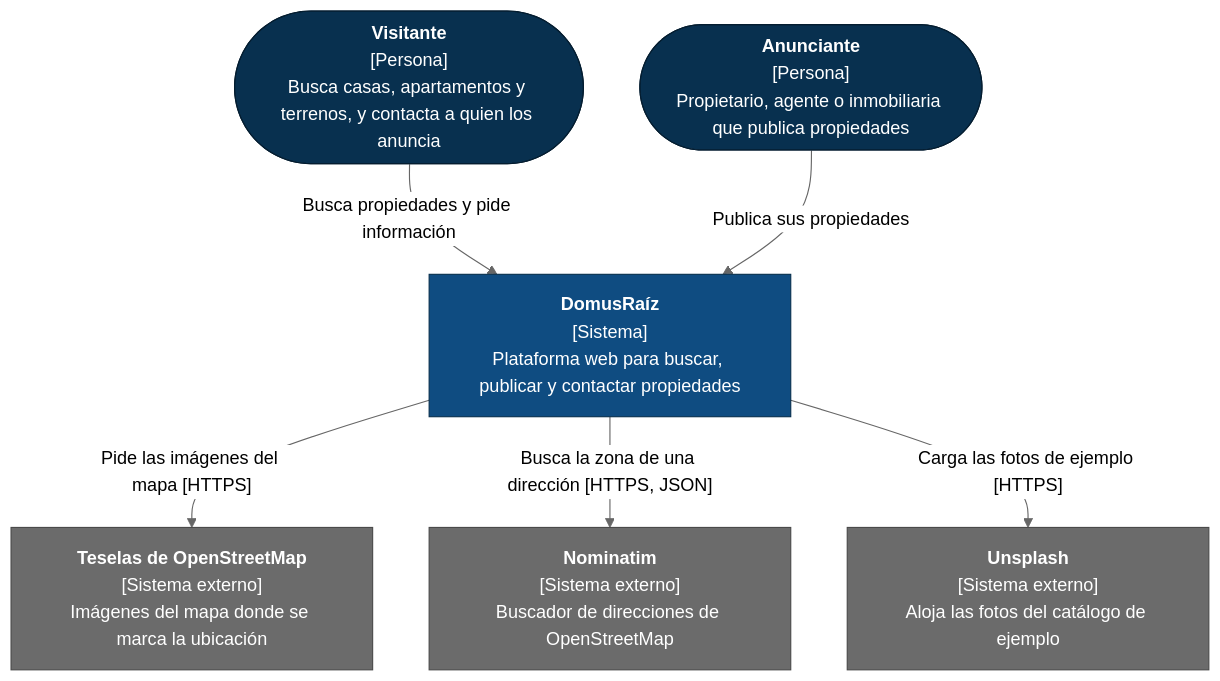
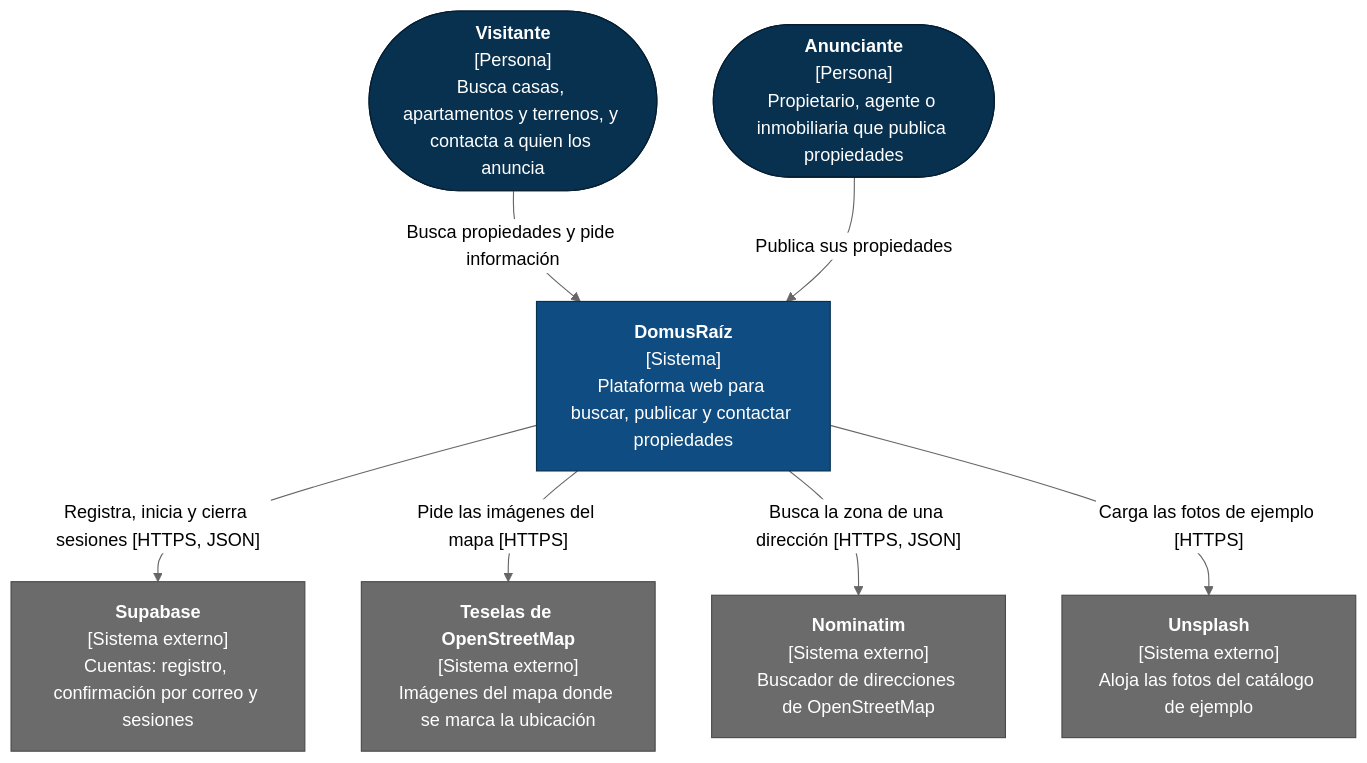
Before and after one commit to jespinal899/raizMotor: the second of 6 diagrams in docs/arquitectura.md, drawn with Mermaid (neutral theme). The commit also changed other lines of this file and 1 other file, not shown here.

First line of the commit message:
docs: documenta las cuentas con Supabase

````diff
--- a/docs/arquitectura.md
+++ b/docs/arquitectura.md
@@ -38,28 +38,30 @@
 ```mermaid
-%%{init: {"flowchart": {"wrappingWidth": 260}}}%%
+%%{init: {"flowchart": {"wrappingWidth": 200}}}%%
 flowchart TB
     accTitle: Contexto de DomusRaíz
-    accDescr: El visitante y el anunciante usan DomusRaíz, que a su vez consulta las teselas de OpenStreetMap, el buscador Nominatim y las fotos de Unsplash.
+    accDescr: El visitante y el anunciante usan DomusRaíz, que a su vez lleva las cuentas en Supabase y consulta las teselas de OpenStreetMap, el buscador Nominatim y las fotos de Unsplash.
 
     visitante(["<b>Visitante</b><br/>[Persona]<br/>Busca casas, apartamentos y terrenos, y contacta a quien los anuncia"])
     anunciante(["<b>Anunciante</b><br/>[Persona]<br/>Propietario, agente o inmobiliaria que publica propiedades"])
 
     domus["<b>DomusRaíz</b><br/>[Sistema]<br/>Plataforma web para buscar, publicar y contactar propiedades"]
 
+    supabase["<b>Supabase</b><br/>[Sistema externo]<br/>Cuentas: registro, confirmación por correo y sesiones"]
     tiles["<b>Teselas de OpenStreetMap</b><br/>[Sistema externo]<br/>Imágenes del mapa donde se marca la ubicación"]
     nominatim["<b>Nominatim</b><br/>[Sistema externo]<br/>Buscador de direcciones de OpenStreetMap"]
     unsplash["<b>Unsplash</b><br/>[Sistema externo]<br/>Aloja las fotos del catálogo de ejemplo"]
 
     visitante -- "Busca propiedades y pide información" --> domus
     anunciante -- "Publica sus propiedades" --> domus
+    domus -- "Registra, inicia y cierra sesiones [HTTPS, JSON]" --> supabase
     domus -- "Pide las imágenes del mapa [HTTPS]" --> tiles
     domus -- "Busca la zona de una dirección [HTTPS, JSON]" --> nominatim
     domus -- "Carga las fotos de ejemplo [HTTPS]" --> unsplash
 
     classDef persona fill:#08304f,stroke:#041d30,color:#fff
     classDef sistema fill:#0f4c81,stroke:#08304f,color:#fff
     classDef externo fill:#6b6b6b,stroke:#4a4a4a,color:#fff
     class visitante,anunciante persona
     class domus sistema
-    class tiles,nominatim,unsplash externo
+    class supabase,tiles,nominatim,unsplash externo
 ```
````
